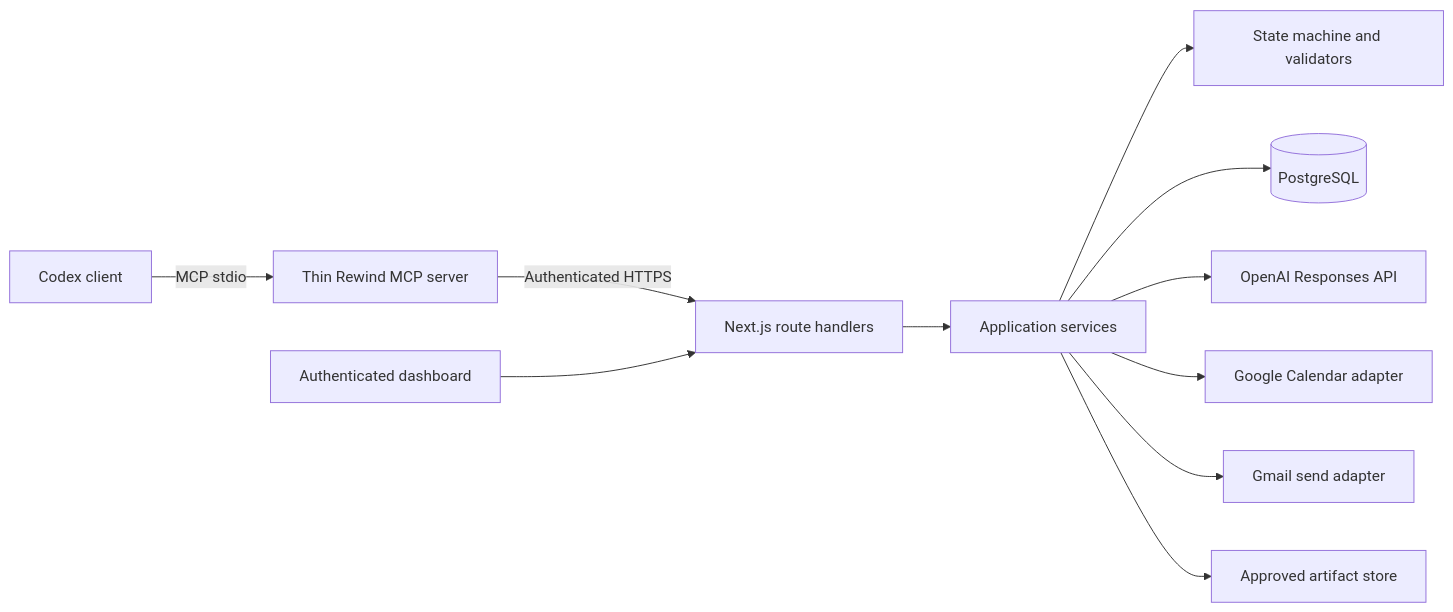
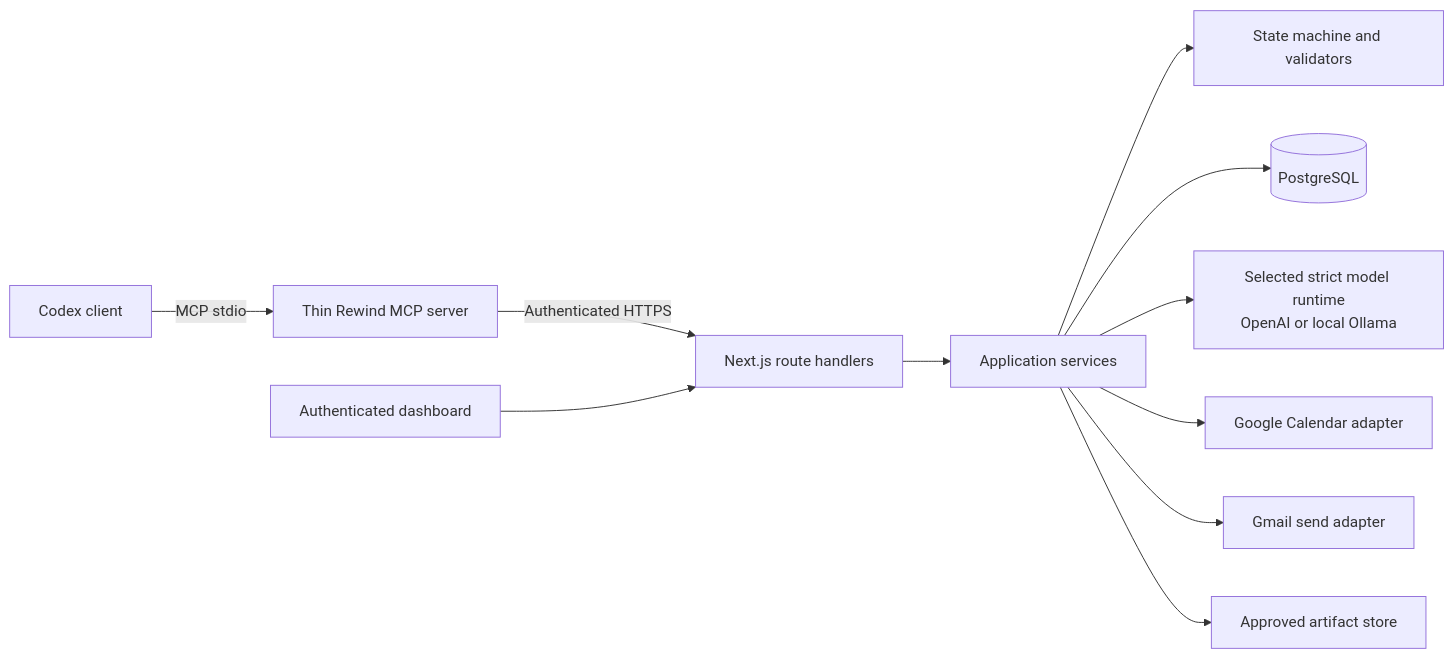
The first of 4 diagrams in docs/ARCHITECTURE.md (AJCoder01/Rewind), drawn with Mermaid before and after one commit. The commit also changed other lines of this file and 27 other files, not shown here.

Commit message:
feat(s043): add zero-cost local model runtime

````diff
--- a/docs/ARCHITECTURE.md
+++ b/docs/ARCHITECTURE.md
@@ -27,13 +27,13 @@
 ```mermaid
 flowchart LR
     Codex["Codex client"] -->|"MCP stdio"| MCP["Thin Rewind MCP server"]
     MCP -->|"Authenticated HTTPS"| API["Next.js route handlers"]
     Browser["Authenticated dashboard"] --> API
     API --> Service["Application services"]
     Service --> Domain["State machine and validators"]
     Service --> DB[("PostgreSQL")]
-    Service --> AI["OpenAI Responses API"]
+    Service --> AI["Selected strict model runtime<br/>OpenAI or local Ollama"]
     Service --> Cal["Google Calendar adapter"]
     Service --> Mail["Gmail send adapter"]
     Service --> Artifact["Approved artifact store"]
 ```
````
